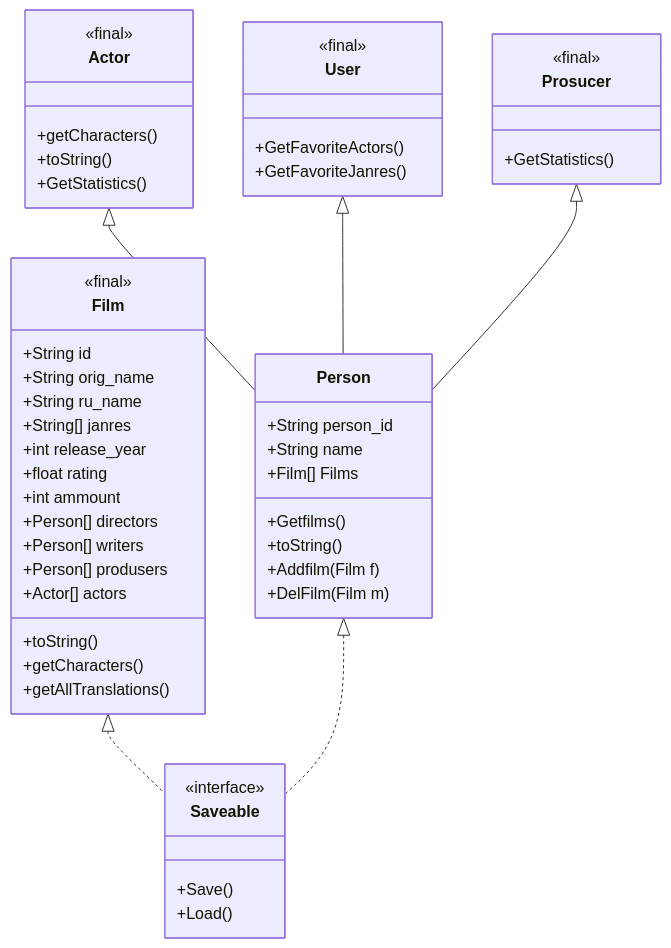
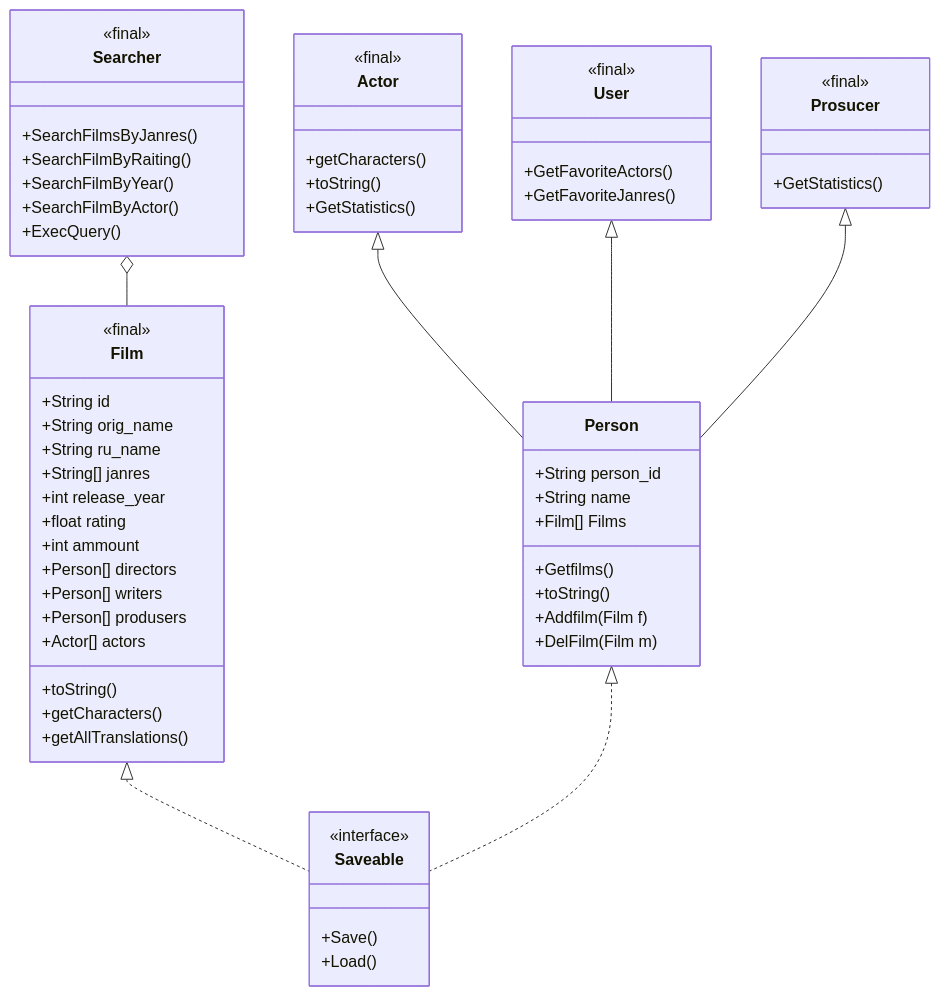
One commit to mmonastyrskiy/Programming_3_sem changed the diagram in Java_OOP/Monastyrskiy/Java_project/docs/structure.md. Above: the diagram before and after it, drawn with Mermaid.

````diff
--- a/Java_OOP/Monastyrskiy/Java_project/docs/structure.md
+++ b/Java_OOP/Monastyrskiy/Java_project/docs/structure.md
@@ -14,67 +14,77 @@
 ```mermaid
 classDiagram
     class Film{
     	<<final>>
     	+String id
     	+String orig_name
     	+String ru_name
     	+String[] janres
     	+int release_year
     	+float rating
     	+int ammount
     	+Person[] directors
     	+Person[] writers
     	+Person[] produsers
     	+Actor[] actors
     	+toString()
     	+getCharacters()
     	+getAllTranslations()
 
 
     }
     class Person{
     	+String person_id
     	+String name
     	+Film[] Films
     	+Getfilms()
         +toString()
         +Addfilm(Film f)
         +DelFilm(Film m)
         
 
     }
     class Actor{
     	<<final>>
     	+getCharacters()
     	+toString()
         +GetStatistics()
 
 
     }
     class Prosucer{
     <<final>>
     +GetStatistics()
     }
     
     class User {
     <<final>>
     +GetFavoriteActors()
     +GetFavoriteJanres()
     
     }
     
     class Saveable {
     <<interface>>
     +Save()
     +Load()
     }
     
+    class Searcher{
+    <<final>>
+    <<>>
+    +SearchFilmsByJanres()
+    +SearchFilmByRaiting()
+    +SearchFilmByYear()
+    +SearchFilmByActor()
+    +ExecQuery()
+    }
+    
     Actor <|-- Person
     User <|-- Person
     Prosucer <|-- Person
     Film <|.. Saveable
     Person <|.. Saveable
-    
+    Searcher o-- Film
     
 
 ```
````
